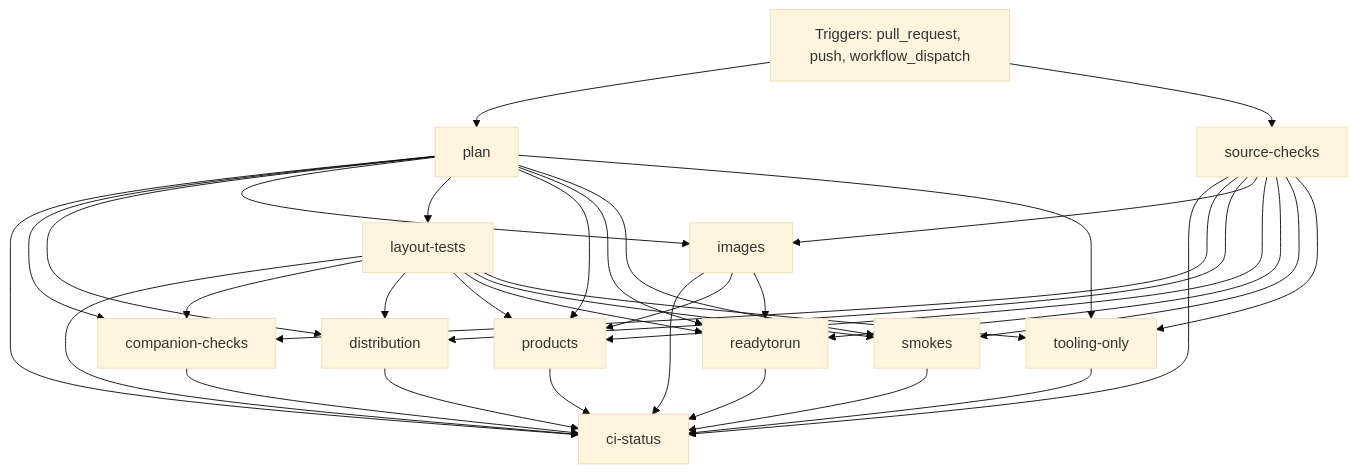
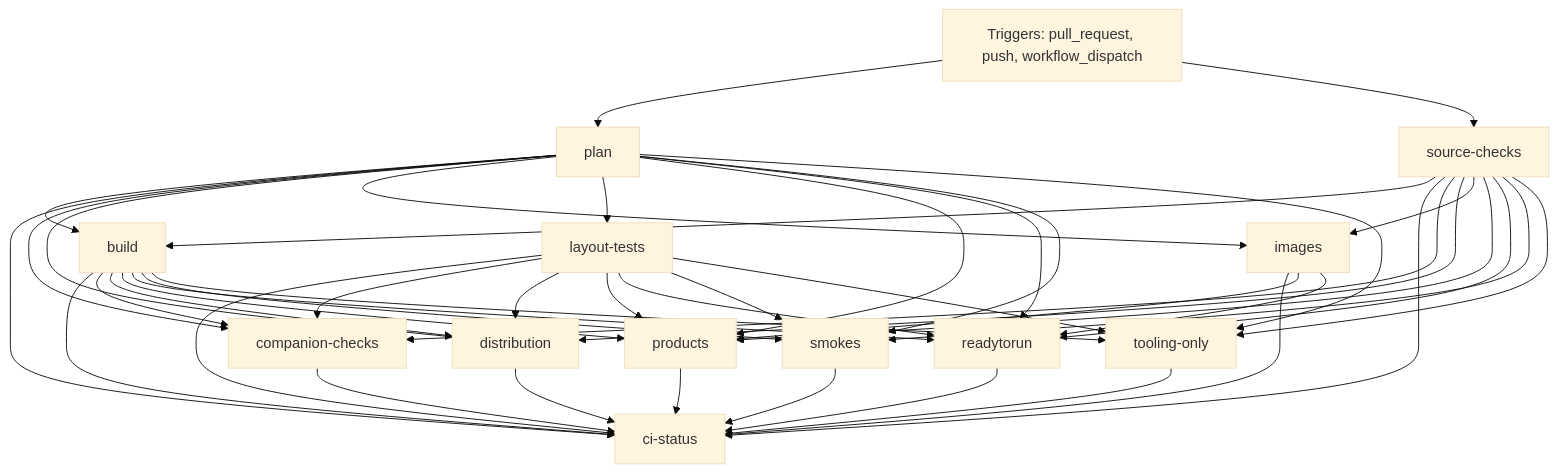
The diagram in docs/ci/github/script-companions-ci.md (FrenchExDev2/QuietCli.PoSh), drawn with Mermaid (base theme) before and after one commit. The commit also changed other lines of this file and 31 other files, not shown here.

```diff
--- a/docs/ci/github/script-companions-ci.md
+++ b/docs/ci/github/script-companions-ci.md
@@ -45,50 +47,60 @@
 ~~~mermaid
 flowchart TD
     event["Triggers: pull_request, push, workflow_dispatch"]
+    job_build["build"]
     job_ci_status["ci-status"]
     job_companion_checks["companion-checks"]
     job_distribution["distribution"]
     job_images["images"]
     job_layout_tests["layout-tests"]
     job_plan["plan"]
     job_products["products"]
     job_readytorun["readytorun"]
     job_smokes["smokes"]
     job_source_checks["source-checks"]
     job_tooling_only["tooling-only"]
+    job_plan --> job_build
+    job_source_checks --> job_build
     job_plan --> job_ci_status
     job_source_checks --> job_ci_status
     job_layout_tests --> job_ci_status
+    job_build --> job_ci_status
     job_images --> job_ci_status
     job_products --> job_ci_status
     job_smokes --> job_ci_status
     job_tooling_only --> job_ci_status
     job_companion_checks --> job_ci_status
     job_distribution --> job_ci_status
     job_readytorun --> job_ci_status
     job_plan --> job_companion_checks
     job_source_checks --> job_companion_checks
     job_layout_tests --> job_companion_checks
+    job_build --> job_companion_checks
     job_plan --> job_distribution
     job_source_checks --> job_distribution
     job_layout_tests --> job_distribution
+    job_build --> job_distribution
     job_plan --> job_images
     job_source_checks --> job_images
     job_plan --> job_layout_tests
     event --> job_plan
     job_plan --> job_products
     job_source_checks --> job_products
     job_layout_tests --> job_products
     job_images --> job_products
+    job_build --> job_products
     job_plan --> job_readytorun
     job_source_checks --> job_readytorun
     job_layout_tests --> job_readytorun
     job_images --> job_readytorun
+    job_build --> job_readytorun
     job_plan --> job_smokes
     job_source_checks --> job_smokes
     job_layout_tests --> job_smokes
+    job_build --> job_smokes
     event --> job_source_checks
     job_plan --> job_tooling_only
     job_source_checks --> job_tooling_only
     job_layout_tests --> job_tooling_only
+    job_build --> job_tooling_only
 ~~~
```
